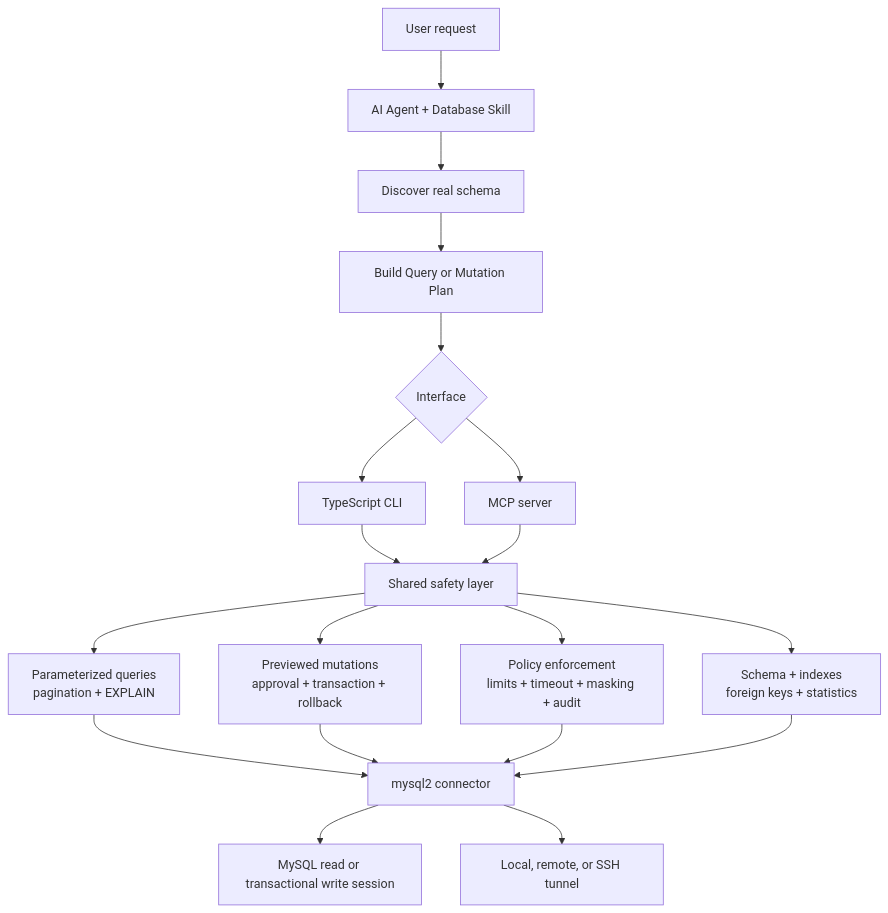
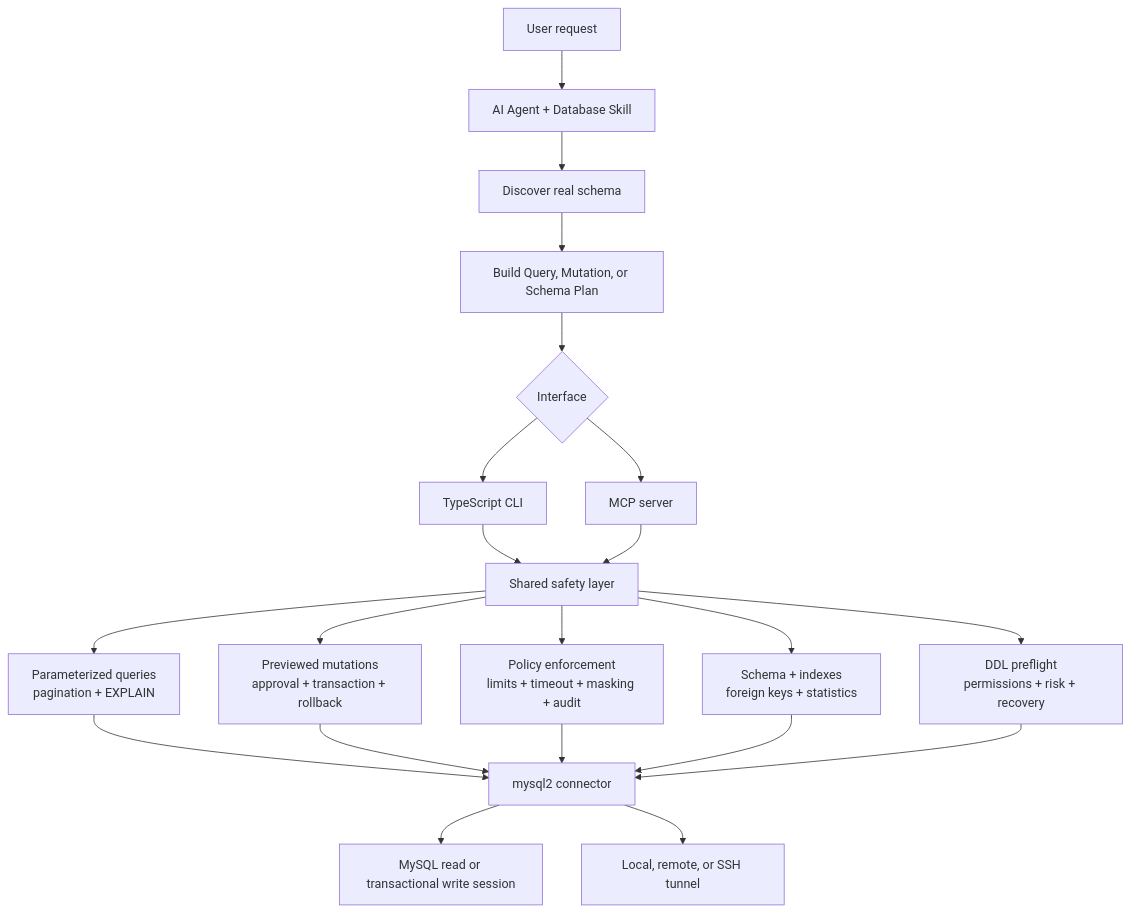
Before and after one commit to yueseqaz/sakura-database-skill: the diagram in README.md, drawn with Mermaid. The commit also changed other lines of this file and 19 other files, not shown here.

Commit message:
add controlled schema change plans

````diff
--- a/README.md
+++ b/README.md
@@ -11,23 +11,25 @@
 ```mermaid
 flowchart TD
     U["User request"] --> A["AI Agent + Database Skill"]
     A --> D["Discover real schema"]
-    D --> P["Build Query or Mutation Plan"]
+    D --> P["Build Query, Mutation, or Schema Plan"]
     P --> I{"Interface"}
     I --> CLI["TypeScript CLI"]
     I --> MCP["MCP server"]
     CLI --> S["Shared safety layer"]
     MCP --> S
 
     S --> Q["Parameterized queries<br/>pagination + EXPLAIN"]
     S --> W["Previewed mutations<br/>approval + transaction + rollback"]
     S --> G["Policy enforcement<br/>limits + timeout + masking + audit"]
     S --> M["Schema + indexes<br/>foreign keys + statistics"]
+    S --> DDL["DDL preflight<br/>permissions + risk + recovery"]
 
     Q --> C["mysql2 connector"]
     W --> C
     G --> C
     M --> C
+    DDL --> C
     C --> MY["MySQL read or transactional write session"]
     C --> SSH["Local, remote, or SSH tunnel"]
 ```
````
